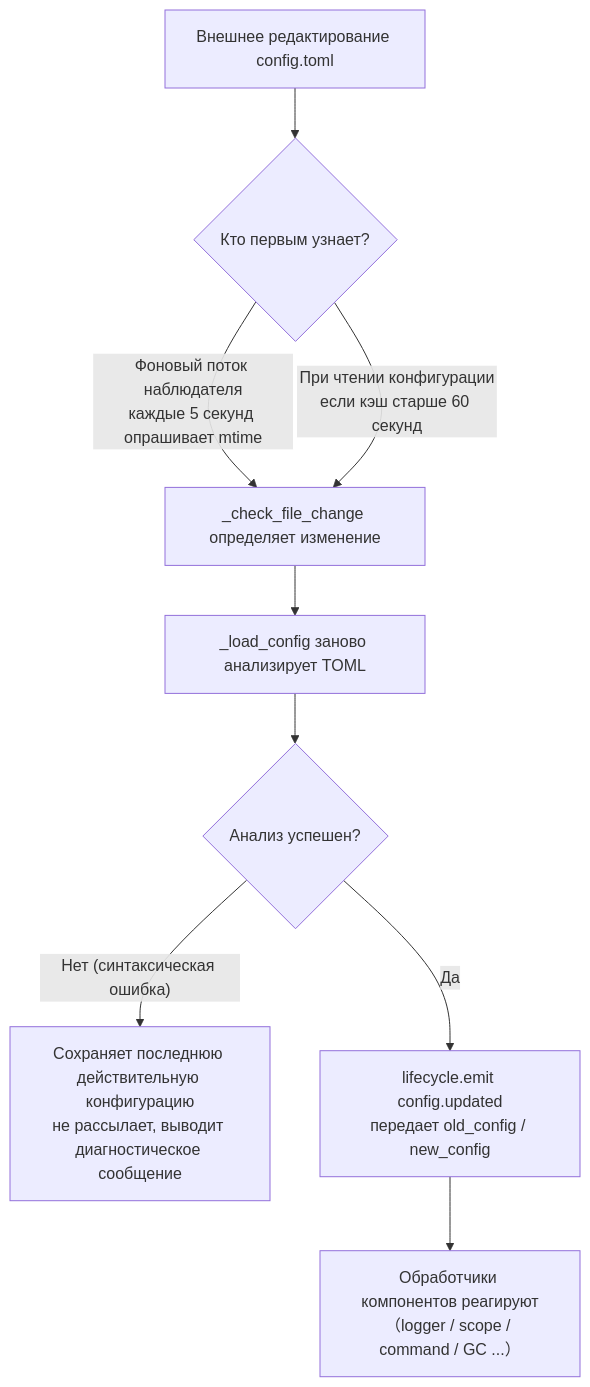
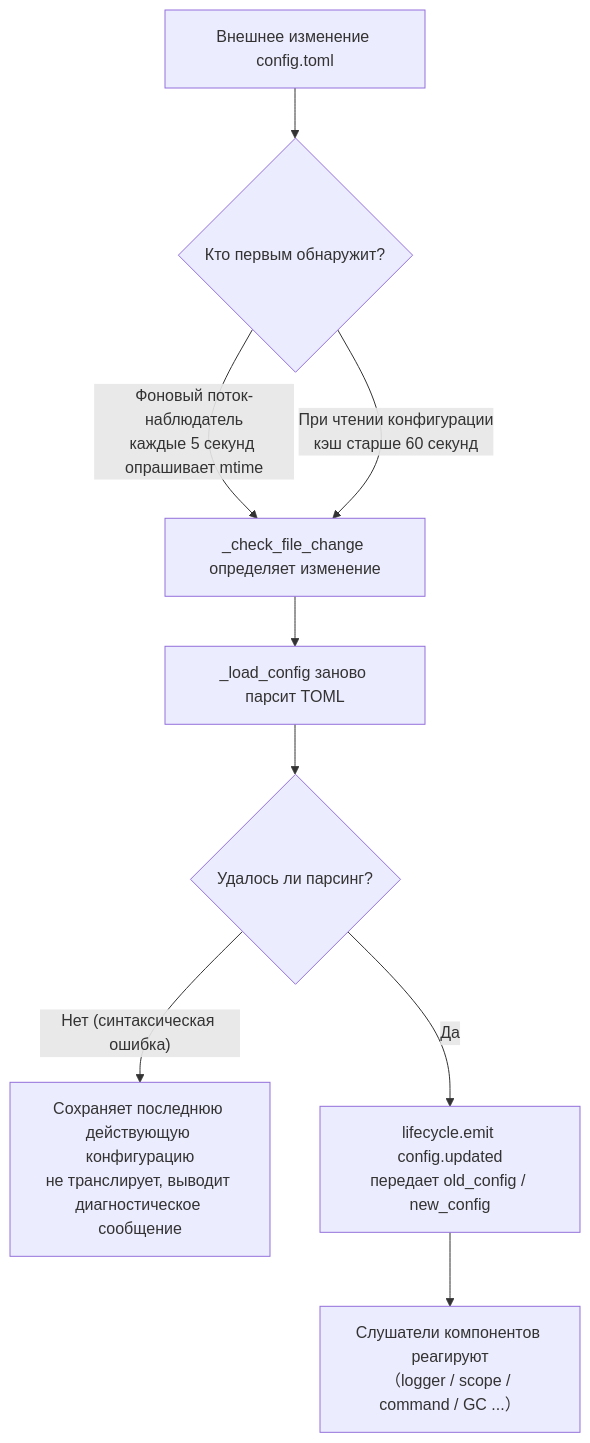
Before and after one commit to ErisPulse/ErisPulse: the diagram in docs/ru/user-guide/configuration.md, drawn with Mermaid. The commit also changed other lines of this file and 47 other files, not shown here.

````diff
--- a/docs/ru/user-guide/configuration.md
+++ b/docs/ru/user-guide/configuration.md
@@ -130,11 +132,11 @@
 ```mermaid
 flowchart TD
-    A["Внешнее редактирование config.toml"] --> B{"Кто первым узнает?"}
-    B -->|"Фоновый поток наблюдателя<br/>каждые 5 секунд опрашивает mtime"| C["_check_file_change определяет изменение"]
-    B -->|"При чтении конфигурации<br/>если кэш старше 60 секунд"| C
-    C --> D["_load_config заново анализирует TOML"]
-    D --> E{"Анализ успешен?"}
-    E -->|"Нет (синтаксическая ошибка)"| F["Сохраняет последнюю действительную конфигурацию<br/>не рассылает, выводит диагностическое сообщение"]
+    A["Внешнее изменение config.toml"] --> B{"Кто первым обнаружит?"}
+    B -->|"Фоновый поток-наблюдатель<br/>каждые 5 секунд опрашивает mtime"| C["_check_file_change определяет изменение"]
+    B -->|"При чтении конфигурации<br/>кэш старше 60 секунд"| C
+    C --> D["_load_config заново парсит TOML"]
+    D --> E{"Удалось ли парсинг?"}
+    E -->|"Нет (синтаксическая ошибка)"| F["Сохраняет последнюю действующую конфигурацию<br/>не транслирует, выводит диагностическое сообщение"]
     E -->|"Да"| G["lifecycle.emit config.updated<br/>передает old_config / new_config"]
-    G --> H["Обработчики компонентов реагируют<br/>（logger / scope / command / GC ...）"]
+    G --> H["Слушатели компонентов реагируют<br/>（logger / scope / command / GC ...）"]
 ```
````
